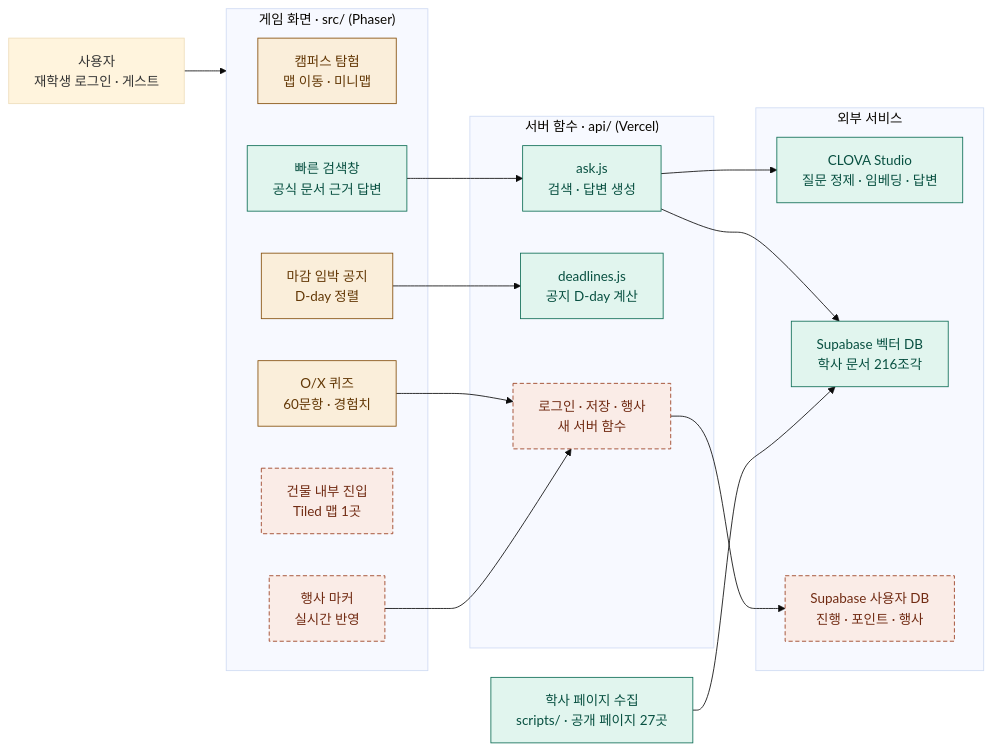
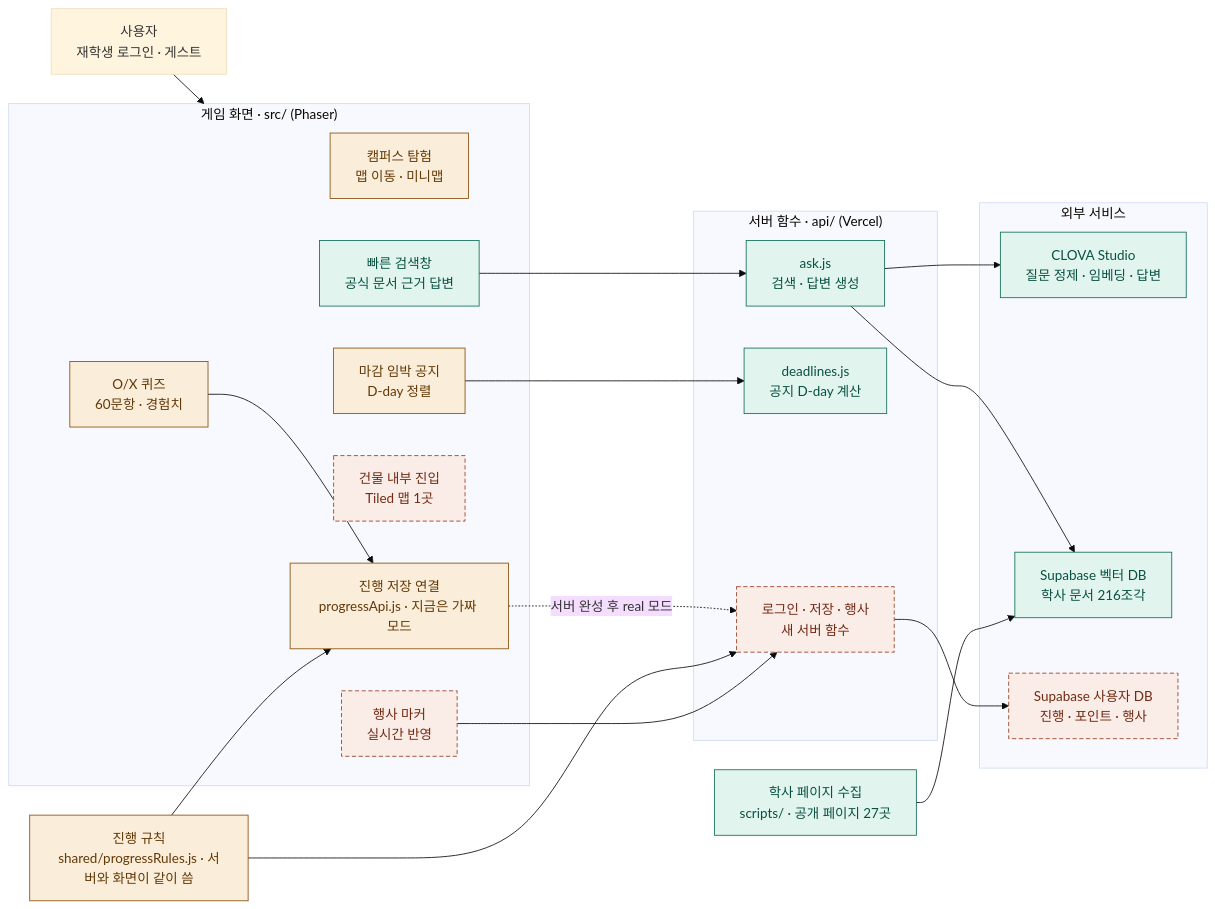
The diagram in docs/ARCHITECTURE.md (202502859-source/hufs-quest), drawn with Mermaid (base theme) before and after one commit. The commit also changed other lines of this file and 1 other file, not shown here.

First line of the commit message:
docs: 진행 저장 연결(가짜 모드) 구조도·로드맵 반영

````diff
--- a/docs/ARCHITECTURE.md
+++ b/docs/ARCHITECTURE.md
@@ -8,45 +8,51 @@
 ```mermaid
 flowchart LR
     user["사용자<br/>재학생 로그인 · 게스트"]
 
     subgraph game["게임 화면 · src/ (Phaser)"]
         explore["캠퍼스 탐험<br/>맵 이동 · 미니맵"]
         search["빠른 검색창<br/>공식 문서 근거 답변"]
         quiz["O/X 퀴즈<br/>60문항 · 경험치"]
         notice["마감 임박 공지<br/>D-day 정렬"]
         interior["건물 내부 진입<br/>Tiled 맵 1곳"]
         eventMarker["행사 마커<br/>실시간 반영"]
+        progress["진행 저장 연결<br/>progressApi.js · 지금은 가짜 모드"]
     end
+
+    rules["진행 규칙<br/>shared/progressRules.js · 서버와 화면이 같이 씀"]
 
     subgraph server["서버 함수 · api/ (Vercel)"]
         ask["ask.js<br/>검색 · 답변 생성"]
         deadlines["deadlines.js<br/>공지 D-day 계산"]
         newApi["로그인 · 저장 · 행사<br/>새 서버 함수"]
     end
 
     subgraph external["외부 서비스"]
         clova["CLOVA Studio<br/>질문 정제 · 임베딩 · 답변"]
         vector["Supabase 벡터 DB<br/>학사 문서 216조각"]
         userDb["Supabase 사용자 DB<br/>진행 · 포인트 · 행사"]
     end
 
     collect["학사 페이지 수집<br/>scripts/ · 공개 페이지 27곳"]
 
     user --> game
     search --> ask
     notice --> deadlines
-    quiz --> newApi
+    quiz --> progress
+    progress -.->|"서버 완성 후 real 모드"| newApi
+    rules --> progress
+    rules --> newApi
     eventMarker --> newApi
     ask --> clova
     ask --> vector
     newApi --> userDb
     collect --> vector
 
     classDef done fill:#E1F5EE,stroke:#0F6E56,color:#085041
     classDef partial fill:#FAEEDA,stroke:#854F0B,color:#633806
     classDef todo fill:#FAECE7,stroke:#993C1D,color:#712B13,stroke-dasharray:5 3
 
     class search,ask,deadlines,clova,vector,collect done
-    class explore,quiz,notice partial
+    class explore,quiz,notice,progress,rules partial
     class interior,eventMarker,newApi,userDb todo
 ```
````
